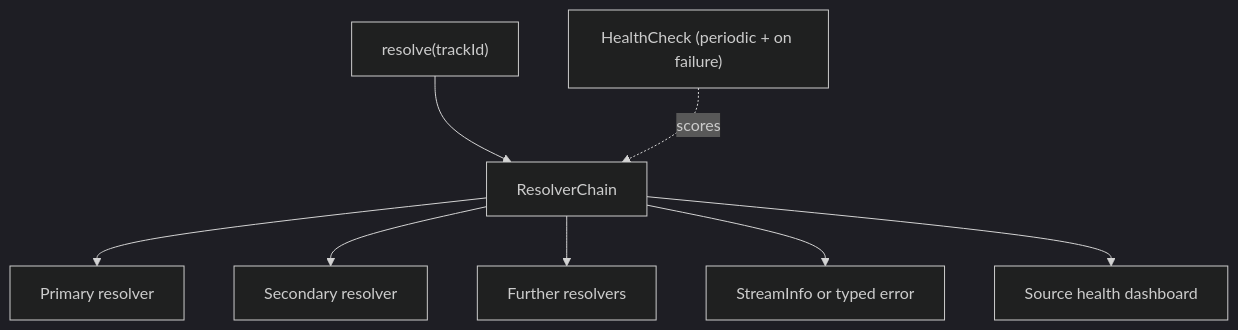
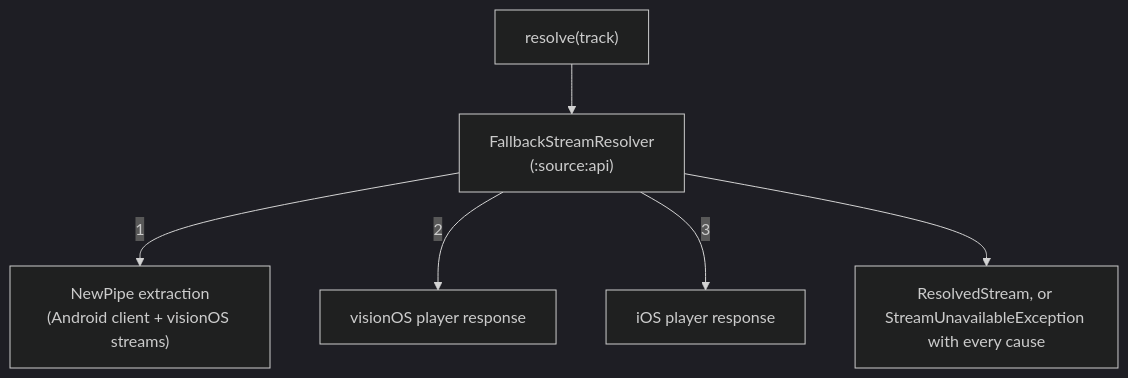
Before and after one commit to muhib-karim/sitara: the sixth of 7 diagrams in docs/ARCHITECTURE.md, drawn with Mermaid (dark theme). The commit also changed other lines of this file and 9 other files, not shown here.

First line of the commit message:
fix(streams): fall back to the visionOS and iOS clients when NewPipe's lookup is refused

````diff
--- a/docs/ARCHITECTURE.md
+++ b/docs/ARCHITECTURE.md
@@ -250,10 +250,8 @@
 ```mermaid
 flowchart TD
-    req["resolve(trackId)"] --> chain["ResolverChain"]
-    chain --> r1["Primary resolver"]
-    chain --> r2["Secondary resolver"]
-    chain --> r3["Further resolvers"]
-    hc["HealthCheck (periodic + on failure)"] -.scores.-> chain
-    chain --> out["StreamInfo or typed error"]
-    chain --> dash["Source health dashboard"]
+    req["resolve(track)"] --> chain["FallbackStreamResolver<br/>(:source:api)"]
+    chain -->|1| np["NewPipe extraction<br/>(Android client + visionOS streams)"]
+    chain -->|2| vos["visionOS player response"]
+    chain -->|3| ios["iOS player response"]
+    chain --> out["ResolvedStream, or StreamUnavailableException with every cause"]
 ```
````
